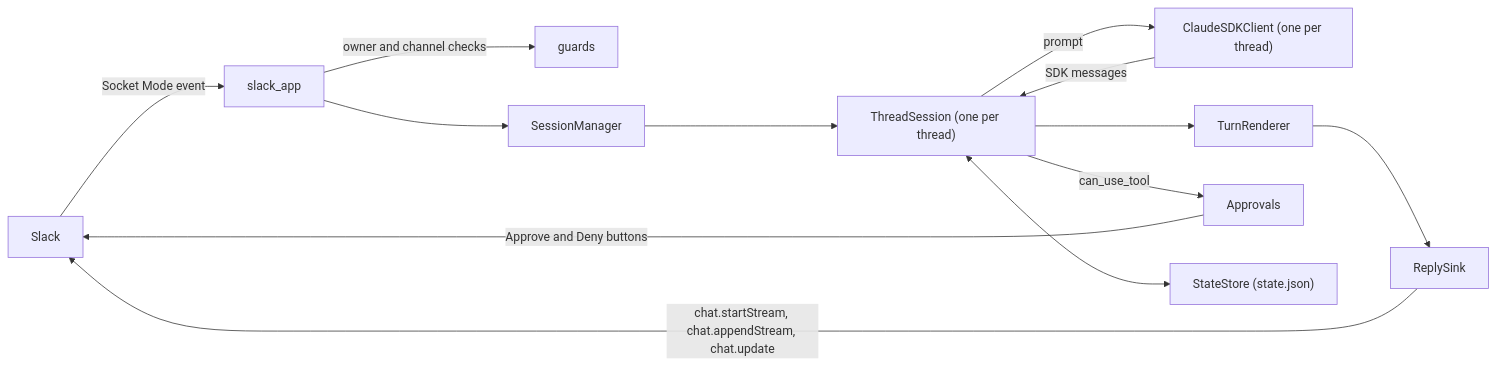
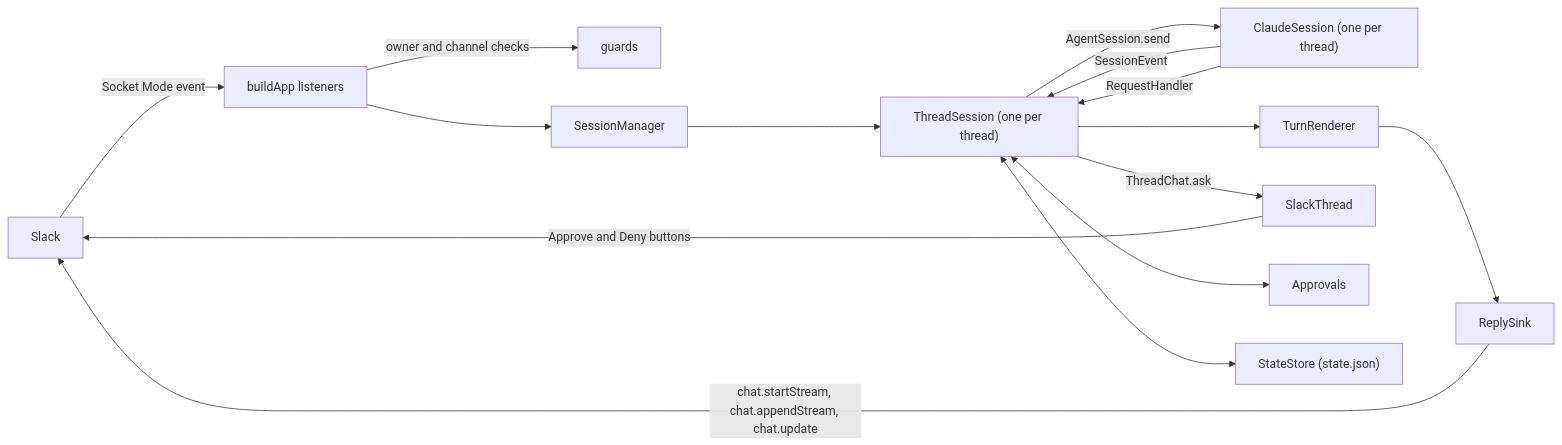
One commit to duqaXxX/code-with-slack changed the diagram in docs/architecture.md. Above: the diagram before and after it, drawn with Mermaid. The commit also changed other lines of this file and 10 other files, not shown here.

````diff
--- a/docs/architecture.md
+++ b/docs/architecture.md
@@ -47,15 +88,17 @@
 ```mermaid
 flowchart LR
-    Slack["Slack"] -->|"Socket Mode event"| App["slack_app"]
+    Slack["Slack"] -->|"Socket Mode event"| App["buildApp listeners"]
     App -->|"owner and channel checks"| Guards["guards"]
     App --> Manager["SessionManager"]
     Manager --> Thread["ThreadSession (one per thread)"]
-    Thread -->|"prompt"| Client["ClaudeSDKClient (one per thread)"]
-    Client -->|"SDK messages"| Thread
+    Thread -->|"AgentSession.send"| Client["ClaudeSession (one per thread)"]
+    Client -->|"SessionEvent"| Thread
     Thread --> Renderer["TurnRenderer"]
     Renderer --> Sink["ReplySink"]
     Sink -->|"chat.startStream, chat.appendStream, chat.update"| Slack
-    Thread -->|"can_use_tool"| Approvals["Approvals"]
-    Approvals -->|"Approve and Deny buttons"| Slack
+    Client -->|"RequestHandler"| Thread
+    Thread -->|"ThreadChat.ask"| Chat["SlackThread"]
+    Chat -->|"Approve and Deny buttons"| Slack
+    Thread <--> Approvals["Approvals"]
     Thread <--> State["StateStore (state.json)"]
 ```
````
